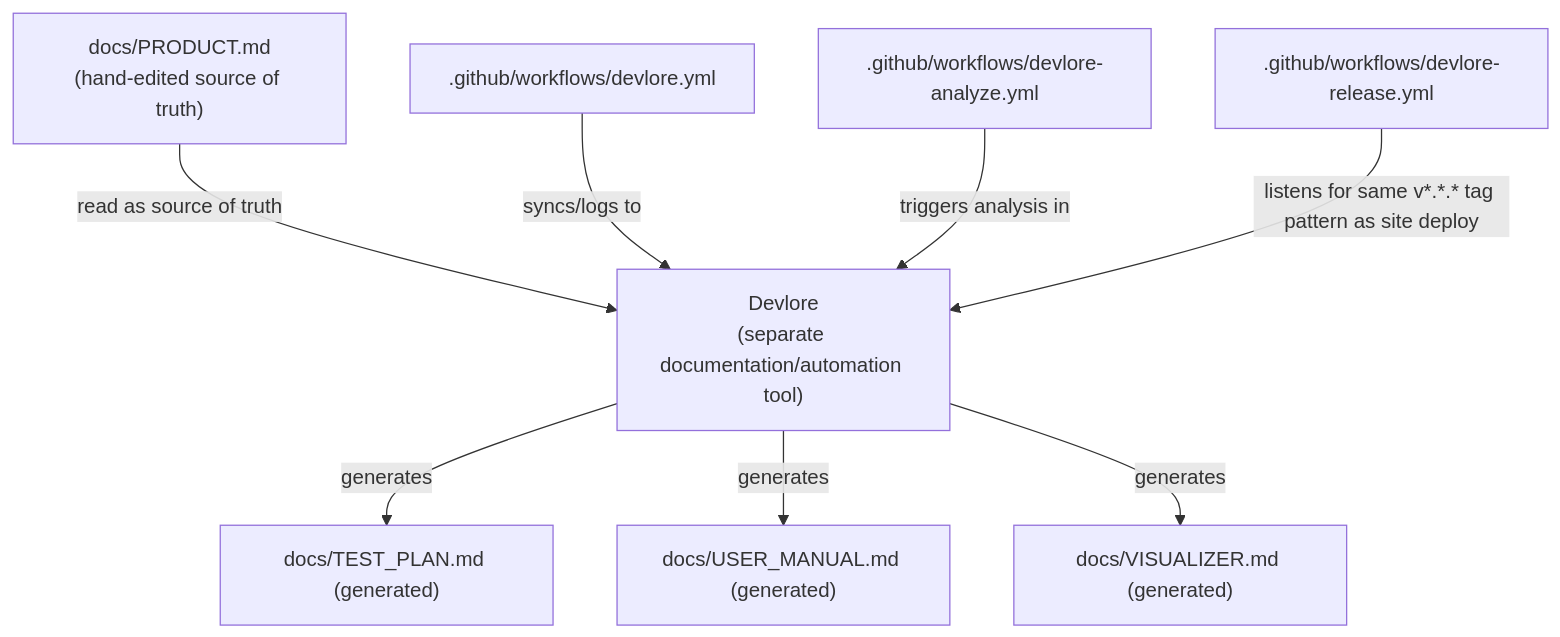
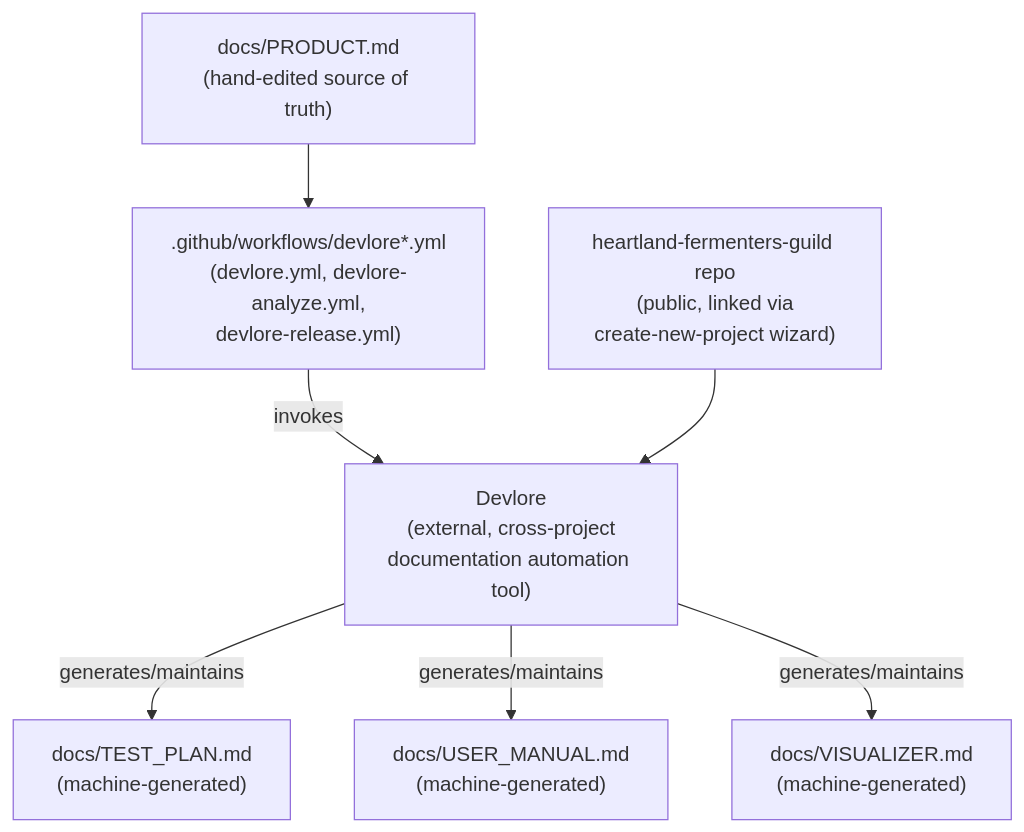
The third of 3 diagrams in docs/VISUALIZER.md (BubbaF377/heartland-fermenters-guild), drawn with Mermaid before and after one commit. The commit also changed other lines of this file, not shown here.

Commit message:
Update visualizer (requirements changed): heartland-fermenters-guild

````diff
--- a/docs/VISUALIZER.md
+++ b/docs/VISUALIZER.md
@@ -65,21 +78,17 @@
 ```mermaid
 graph TD
     ProductDoc["docs/PRODUCT.md<br/>(hand-edited source of truth)"]
-    Devlore["Devlore<br/>(separate documentation/automation tool)"]
+    DevloreWorkflows[".github/workflows/devlore*.yml<br/>(devlore.yml, devlore-analyze.yml,<br/>devlore-release.yml)"]
+    Devlore["Devlore<br/>(external, cross-project<br/>documentation automation tool)"]
+    TestPlan["docs/TEST_PLAN.md<br/>(machine-generated)"]
+    UserManual["docs/USER_MANUAL.md<br/>(machine-generated)"]
+    Visualizer["docs/VISUALIZER.md<br/>(machine-generated)"]
 
-    TestPlan["docs/TEST_PLAN.md (generated)"]
-    UserManual["docs/USER_MANUAL.md (generated)"]
-    Visualizer["docs/VISUALIZER.md (generated)"]
+    ProductDoc --> DevloreWorkflows
+    DevloreWorkflows -->|"invokes"| Devlore
+    Devlore -->|"generates/maintains"| TestPlan
+    Devlore -->|"generates/maintains"| UserManual
+    Devlore -->|"generates/maintains"| Visualizer
 
-    WfSync[".github/workflows/devlore.yml"]
-    WfAnalyze[".github/workflows/devlore-analyze.yml"]
-    WfRelease[".github/workflows/devlore-release.yml"]
-
-    ProductDoc -->|"read as source of truth"| Devlore
-    Devlore -->|"generates"| TestPlan
-    Devlore -->|"generates"| UserManual
-    Devlore -->|"generates"| Visualizer
-    WfSync -->|"syncs/logs to"| Devlore
-    WfAnalyze -->|"triggers analysis in"| Devlore
-    WfRelease -->|"listens for same v*.*.* tag pattern as site deploy"| Devlore
+    Repo["heartland-fermenters-guild repo<br/>(public, linked via<br/>create-new-project wizard)"] --> Devlore
 ```
````
